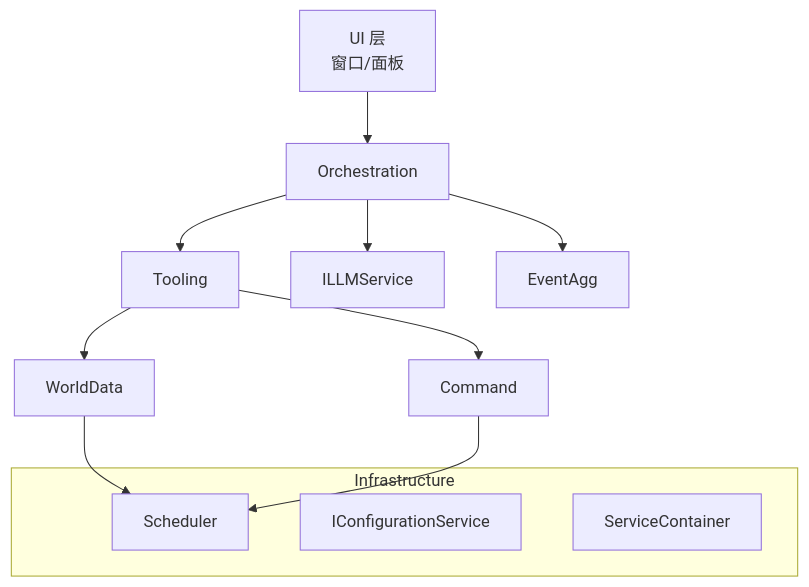
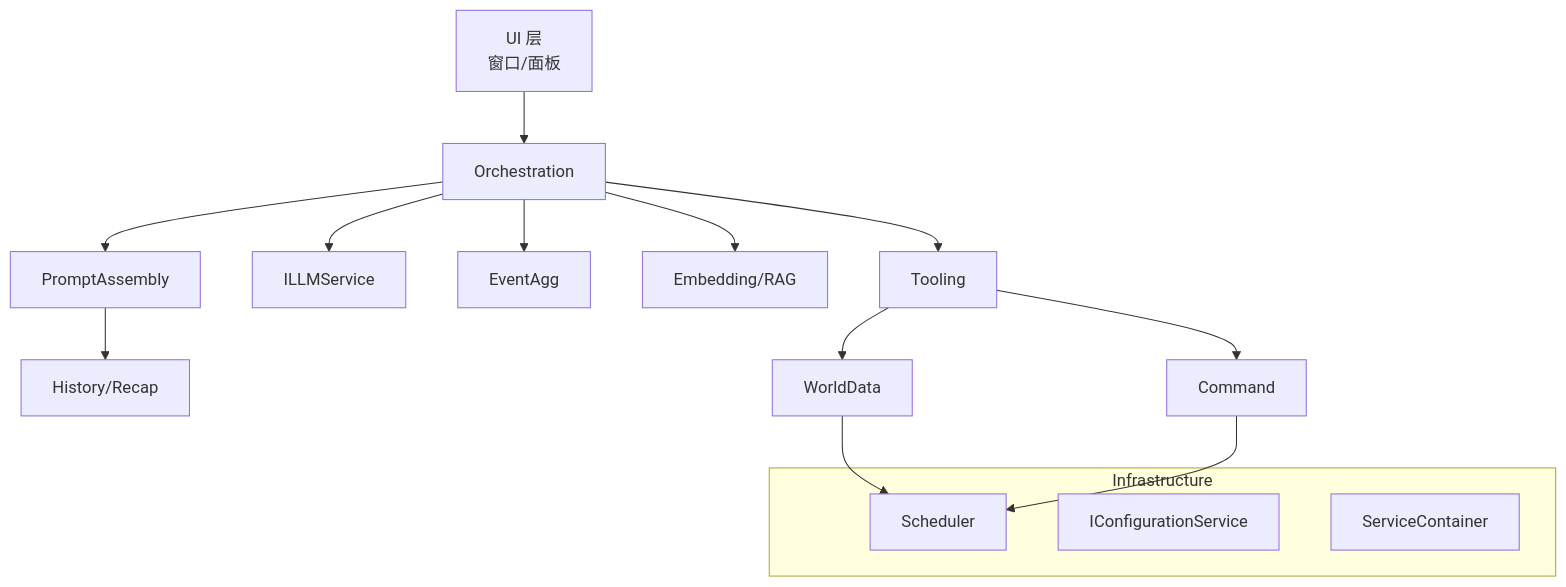
One commit to oidahdsah0/Rimworld_AI_Core changed the diagram in docs/ARCHITECTURE_V4.md. Above: the diagram before and after it, drawn with Mermaid. The commit also changed other lines of this file and 6 other files, not shown here.

````diff
--- a/docs/ARCHITECTURE_V4.md
+++ b/docs/ARCHITECTURE_V4.md
@@ -58,18 +60,21 @@
 ```mermaid
 graph TD
     UI["UI 层\n窗口/面板"] --> Orchestration
     Orchestration --> Tooling
     Orchestration --> LLM["ILLMService"]
     Orchestration --> EventAgg
+    Orchestration --> Emb["Embedding/RAG"]
+    Orchestration --> PromptAsm["PromptAssembly"]
+    PromptAsm --> History["History/Recap"]
     Tooling --> WorldData
     Tooling --> Command
     WorldData --> Scheduler
     Command --> Scheduler
     %% 缓存已下沉到 Framework，Core 不再持有缓存
     subgraph Infrastructure
         Scheduler
         %% Cache
         Config[IConfigurationService]
         DI[ServiceContainer]
     end
 ```
````
